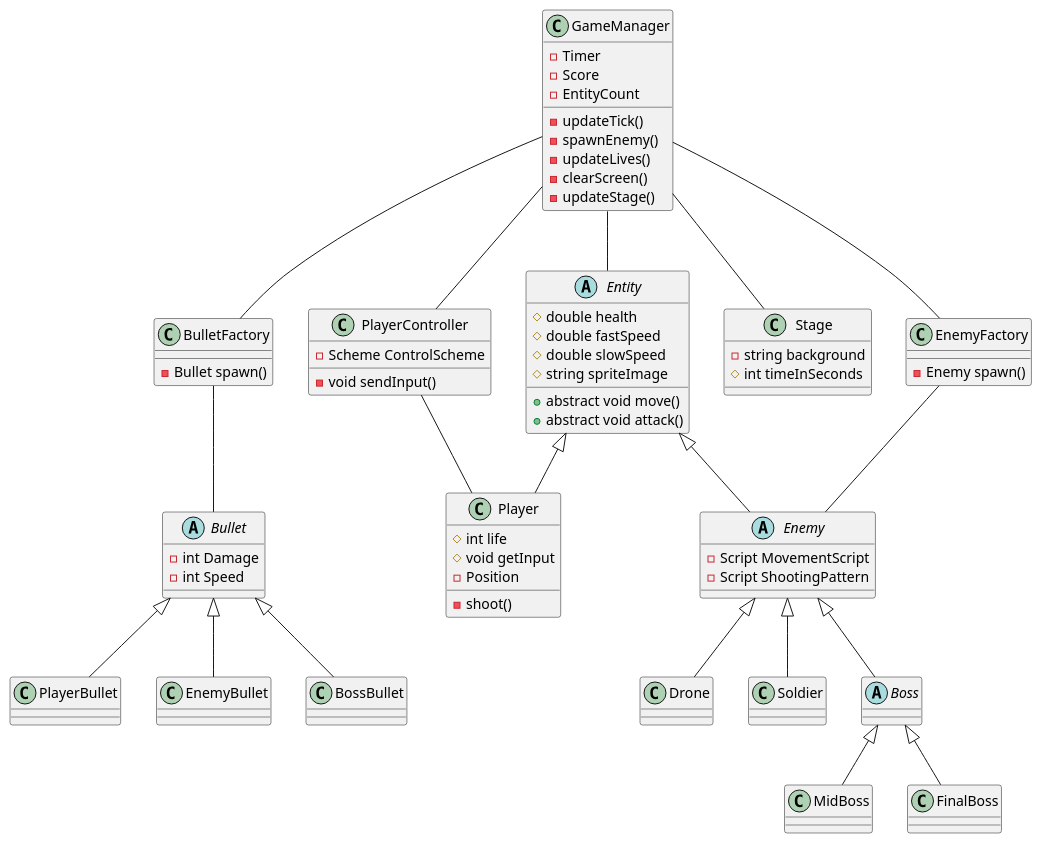
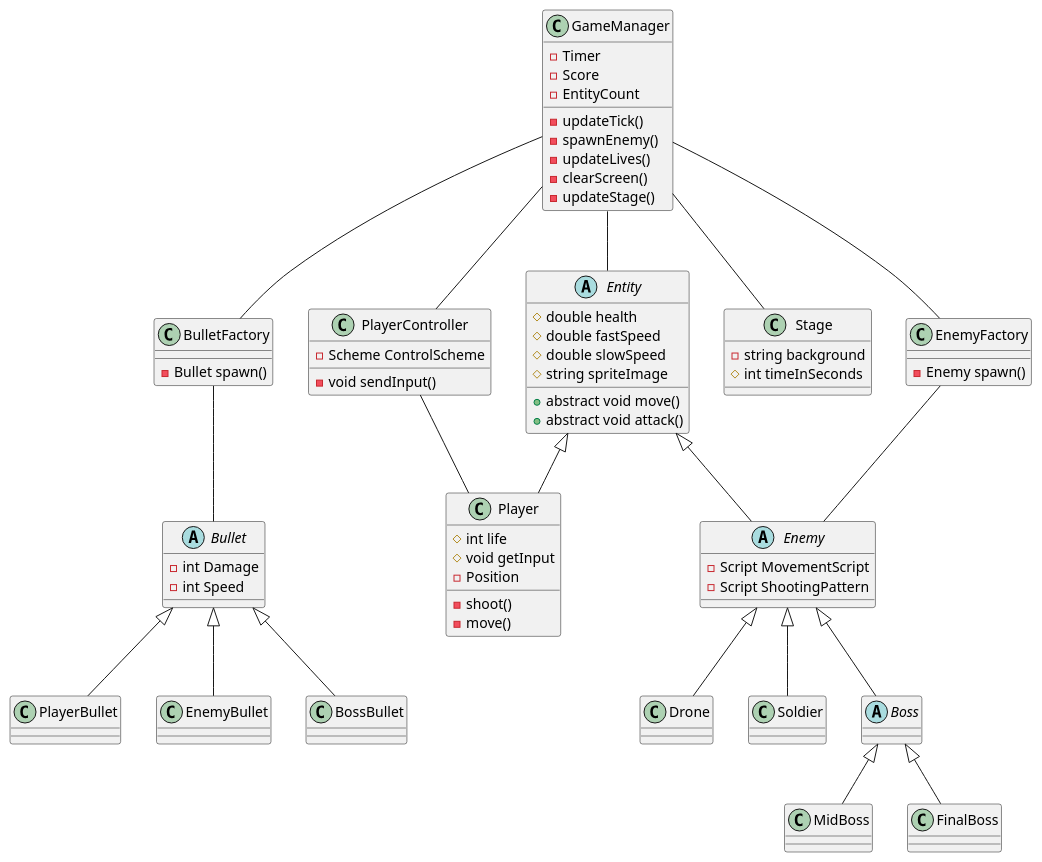
The diagram in Diagrams and Documents/MS1-UML-Class Diagram.puml (CalebLee99/FloridaFunTime), drawn with PlantUML before and after one commit. The commit also changed 2 other files, not shown here.

```diff
--- a/Diagrams and Documents/MS1-UML-Class Diagram.puml
+++ b/Diagrams and Documents/MS1-UML-Class Diagram.puml
@@ -1,94 +1,96 @@
 @startuml
 /'
 Private   :  -
 Protected :  #
 public    :  + 
 '/
 abstract Entity
 Entity : #double health
 Entity : #double fastSpeed 
 Entity : #double slowSpeed 
 Entity : #string spriteImage
 
 Entity : +abstract void move()
 Entity : +abstract void attack()
 
 '--- God Class ---'
 class GameManager
 GameManager -- PlayerController
 GameManager -- Entity
 GameManager -- BulletFactory
 GameManager -- Stage
 GameManager : -Timer
 GameManager : -Score
 GameManager : -EntityCount
 GameManager : -updateTick()
 GameManager -- EnemyFactory
 GameManager : -spawnEnemy()
 GameManager : -updateLives()
 GameManager : -clearScreen()
 GameManager : -updateStage()
 
 '--- Player Stuff ---'
 class Player 
 Entity <|-- Player 
 Player : #int life
 Player : #void getInput
 Player : -Position
 Player : -shoot()
+Player : -move()
+
 
 
 class PlayerController
 PlayerController -- Player
 PlayerController : -Scheme ControlScheme 
 PlayerController : -void sendInput()
 '--- Enemy Stuff ---'
 abstract Enemy
 Entity <|-- Enemy
 Enemy : -Script MovementScript
 Enemy : -Script ShootingPattern
 
 class Drone
 Enemy <|-- Drone
 
 class Soldier
 Enemy <|-- Soldier
 
 abstract Boss
 Enemy <|-- Boss
 
 class MidBoss
 Boss <|-- MidBoss
 
 class FinalBoss
 Boss <|-- FinalBoss
 
 '--- Bullet Stuff ---'
 abstract Bullet
 BulletFactory -- Bullet
 Bullet : -int Damage
 Bullet : -int Speed
 
 class PlayerBullet
 Bullet <|-- PlayerBullet
 
 class EnemyBullet
 Bullet <|-- EnemyBullet
 
 class BossBullet
 Bullet <|-- BossBullet
 
 '--- Factory Stuff ---'
 class BulletFactory
 BulletFactory : -Bullet spawn()
 
 class EnemyFactory
 EnemyFactory -- Enemy
 EnemyFactory : -Enemy spawn()
 
 '--- Stage Stuff ---'
 class Stage
 Stage : -string background
 Stage : #int timeInSeconds 
 
 @enduml
```
